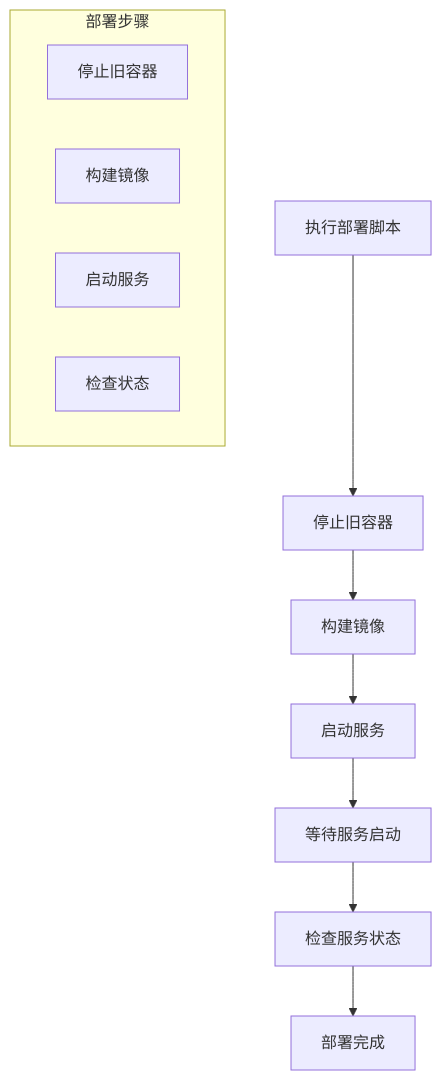
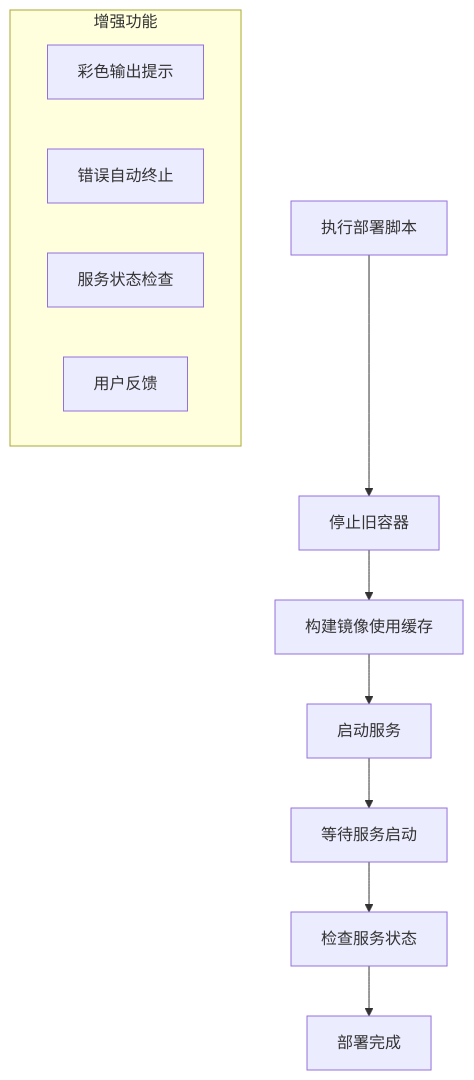
One commit to xfbyxq/ai-novel-system changed the seventh of 13 diagrams in .qoder/repowiki/zh/content/Docker Deployment.md. Above: the diagram before and after it, drawn with Mermaid. The commit also changed other lines of this file and 17 other files, not shown here.

````diff
--- a/.qoder/repowiki/zh/content/Docker Deployment.md
+++ b/.qoder/repowiki/zh/content/Docker Deployment.md
@@ -313,15 +323,15 @@
 ```mermaid
 flowchart TD
 START[执行部署脚本] --> STOP_OLD[停止旧容器]
-STOP_OLD --> BUILD_IMAGES[构建镜像]
+STOP_OLD --> BUILD_IMAGES[构建镜像使用缓存]
 BUILD_IMAGES --> START_SERVICES[启动服务]
 START_SERVICES --> WAIT[等待服务启动]
 WAIT --> CHECK_STATUS[检查服务状态]
 CHECK_STATUS --> DONE[部署完成]
-subgraph "部署步骤"
-STEP1[停止旧容器]
-STEP2[构建镜像]
-STEP3[启动服务]
-STEP4[检查状态]
+subgraph "增强功能"
+COLOR_OUTPUT[彩色输出提示]
+ERROR_HANDLING[错误自动终止]
+STATUS_CHECK[服务状态检查]
+USER_FEEDBACK[用户反馈]
 end
 ```
````
